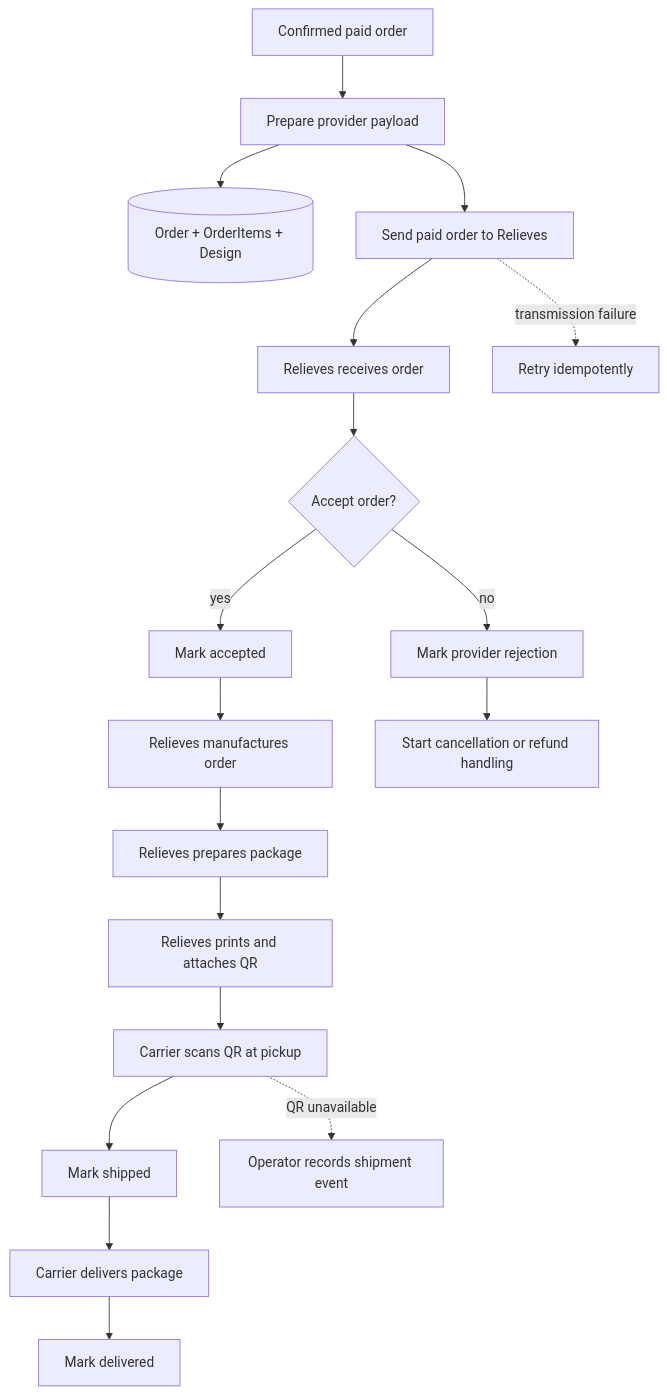
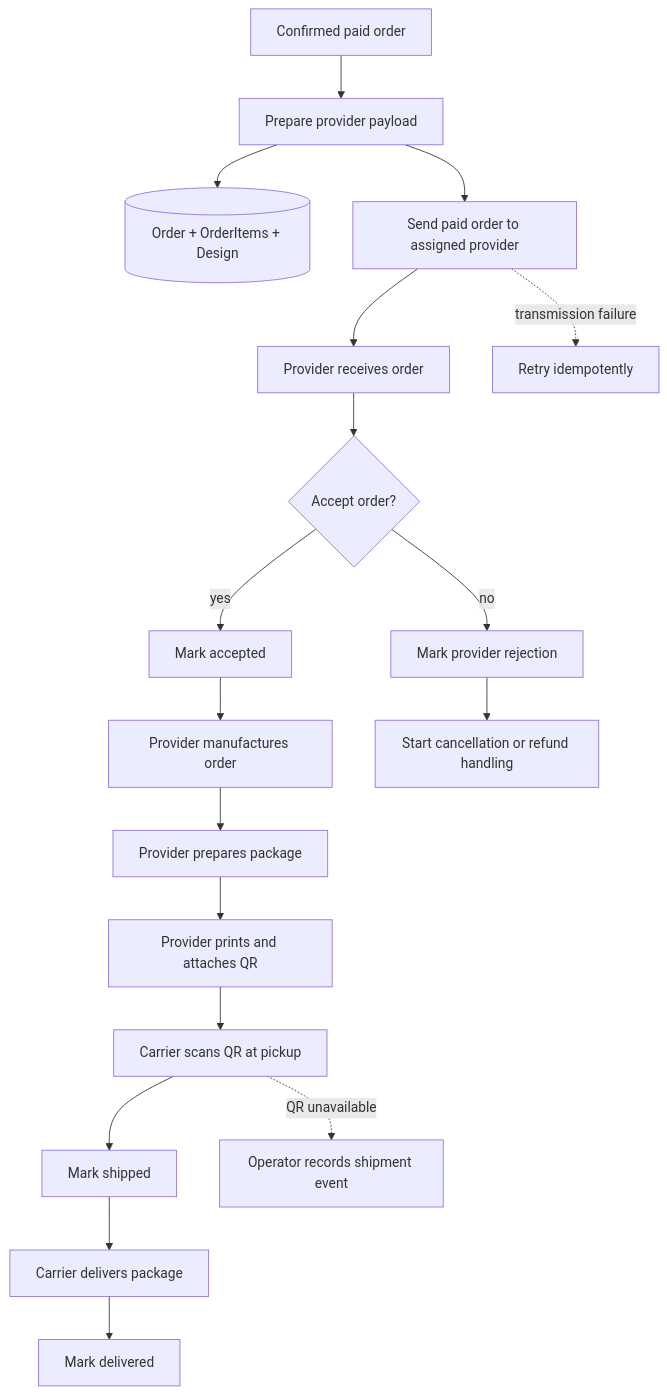
The first of 2 diagrams in docs/flows/provider-fulfillment-flow.md (jovillal/placamia), drawn with Mermaid before and after one commit. The commit also changed other lines of this file and 24 other files, not shown here.

````diff
--- a/docs/flows/provider-fulfillment-flow.md
+++ b/docs/flows/provider-fulfillment-flow.md
@@ -13,24 +13,24 @@
 ```mermaid
 flowchart TD
     B1[Confirmed paid order] --> B2[Prepare provider payload]
     B2 --> D1[(Order + OrderItems + Design)]
-    B2 --> B3[Send paid order to Relieves]
+    B2 --> B3[Send paid order to assigned provider]
 
-    B3 --> P1[Relieves receives order]
+    B3 --> P1[Provider receives order]
     P1 --> P2{Accept order?}
 
     P2 -->|yes| B4[Mark accepted]
-    B4 --> P3[Relieves manufactures order]
-    P3 --> P4[Relieves prepares package]
-    P4 --> P5[Relieves prints and attaches QR]
+    B4 --> P3[Provider manufactures order]
+    P3 --> P4[Provider prepares package]
+    P4 --> P5[Provider prints and attaches QR]
     P5 --> C1[Carrier scans QR at pickup]
     C1 --> B5[Mark shipped]
     B5 --> C2[Carrier delivers package]
     C2 --> B6[Mark delivered]
 
     P2 -->|no| B7[Mark provider rejection]
     B7 --> B8[Start cancellation or refund handling]
 
     B3 -. transmission failure .-> R1[Retry idempotently]
     C1 -. QR unavailable .-> R2[Operator records shipment event]
 ```
````
